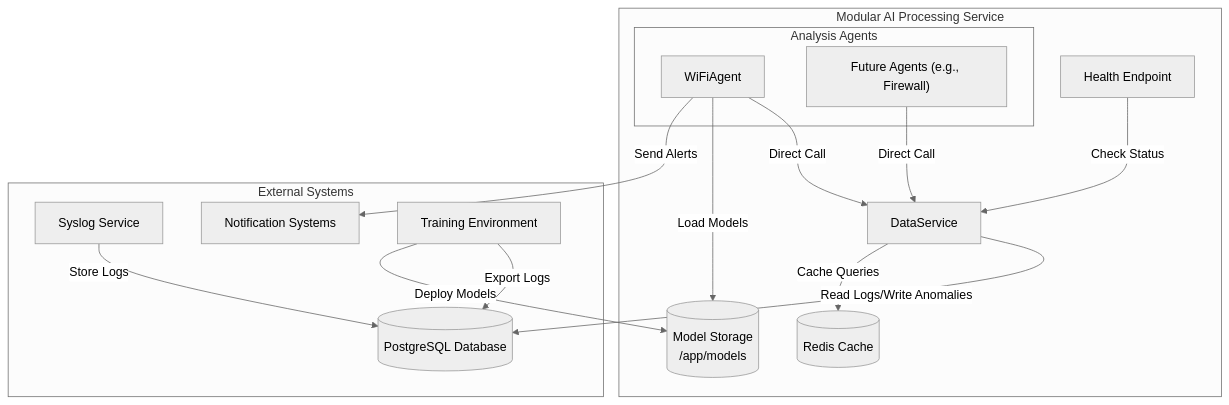
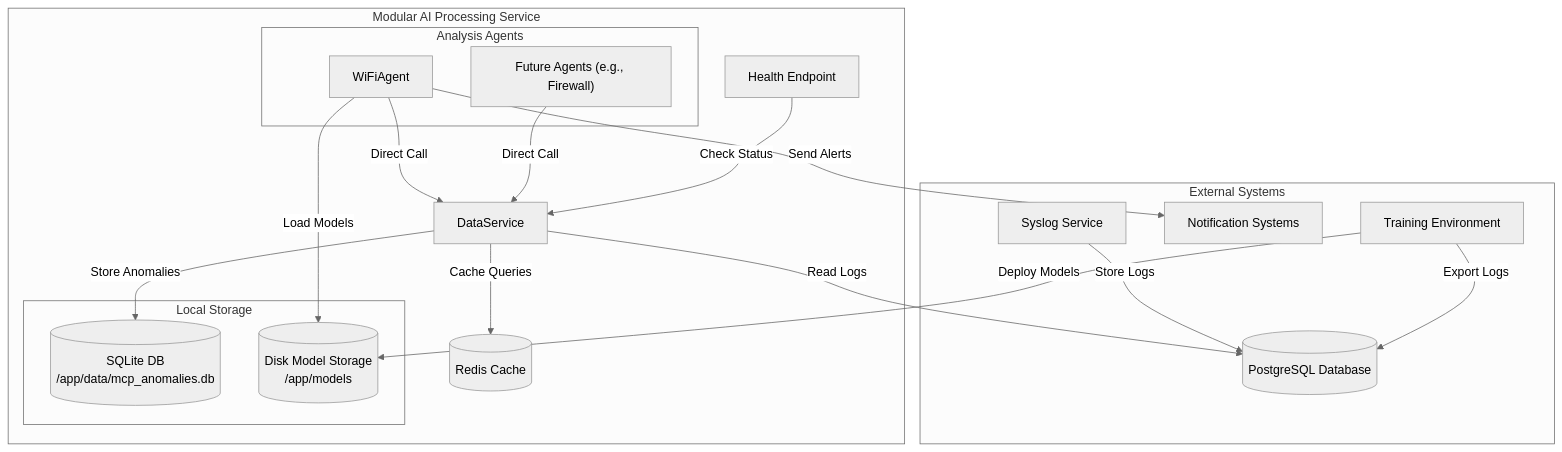
One commit to dannguy1/mcp_service changed the first of 2 diagrams in docs/architecture.md. Above: the diagram before and after it, drawn with Mermaid (neutral theme). The commit also changed other lines of this file and 33 other files, not shown here.

Commit message:
Refactor: UI, Docker Compose, and DataService improvements; monitoring stack integration; bug fixes and cleanup

````diff
--- a/docs/architecture.md
+++ b/docs/architecture.md
@@ -33,31 +35,35 @@
 ```mermaid
 flowchart TD
     subgraph ModularAI["Modular AI Processing Service"]
         DataService["DataService"]
         subgraph Agents["Analysis Agents"]
             WifiAgent["WiFiAgent"]
             FutureAgent["Future Agents (e.g., Firewall)"]
         end
-        Models[(Model Storage\n/app/models)]
+        subgraph Storage["Local Storage"]
+            SQLiteDB[(SQLite DB\n/app/data/mcp_anomalies.db)]
+            ModelStorage[(Disk Model Storage\n/app/models)]
+        end
         Cache[(Redis Cache)]
         Health["Health Endpoint"]
     end
 
     subgraph External["External Systems"]
-        DB[(PostgreSQL Database)]
+        SourceDB[(PostgreSQL Database)]
         Syslog["Syslog Service"]
         Notify["Notification Systems"]
         Trainer["Training Environment"]
     end
 
-    Syslog -->|Store Logs| DB
-    DataService -->|Read Logs/Write Anomalies| DB
+    Syslog -->|Store Logs| SourceDB
+    DataService -->|Read Logs| SourceDB
+    DataService -->|Store Anomalies| SQLiteDB
     DataService -->|Cache Queries| Cache
     WifiAgent -->|Direct Call| DataService
     FutureAgent -->|Direct Call| DataService
-    WifiAgent -->|Load Models| Models
+    WifiAgent -->|Load Models| ModelStorage
     WifiAgent -->|Send Alerts| Notify
-    Trainer -->|Export Logs| DB
-    Trainer -->|Deploy Models| Models
+    Trainer -->|Export Logs| SourceDB
+    Trainer -->|Deploy Models| ModelStorage
     Health -->|Check Status| DataService
 ```
````
